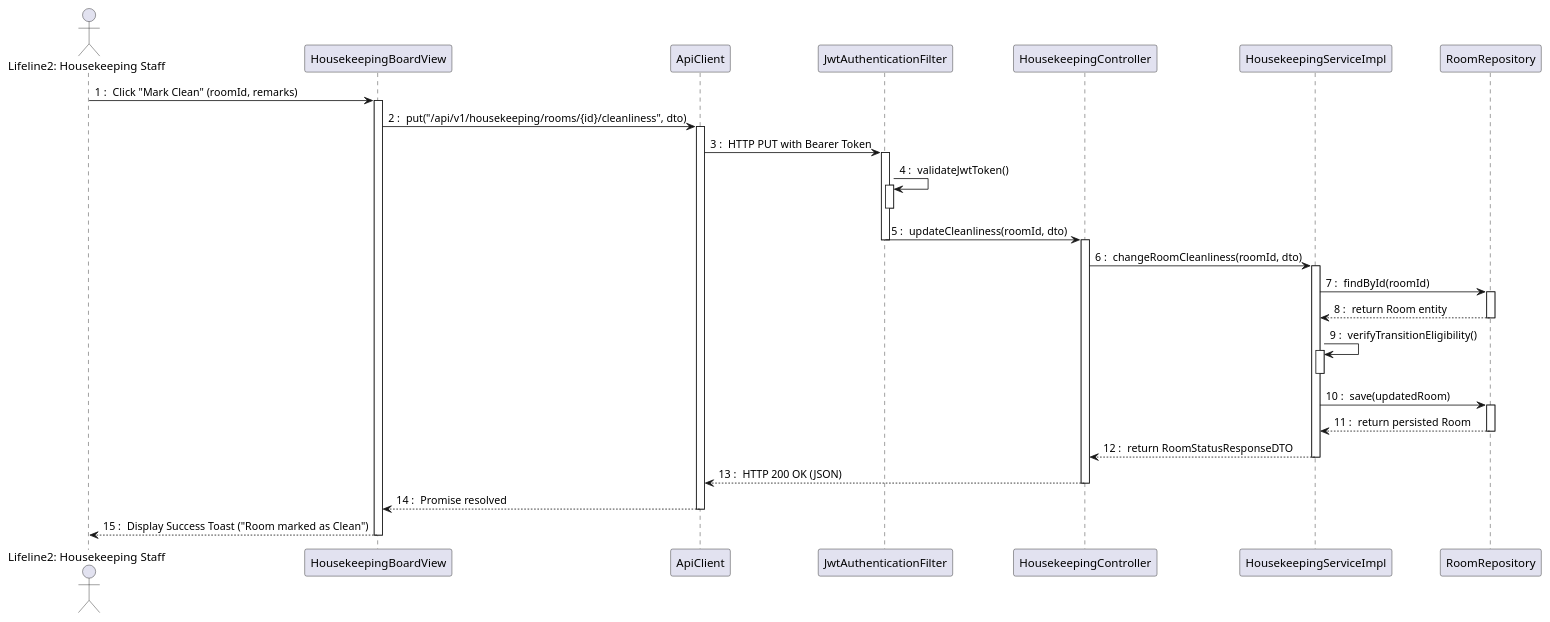
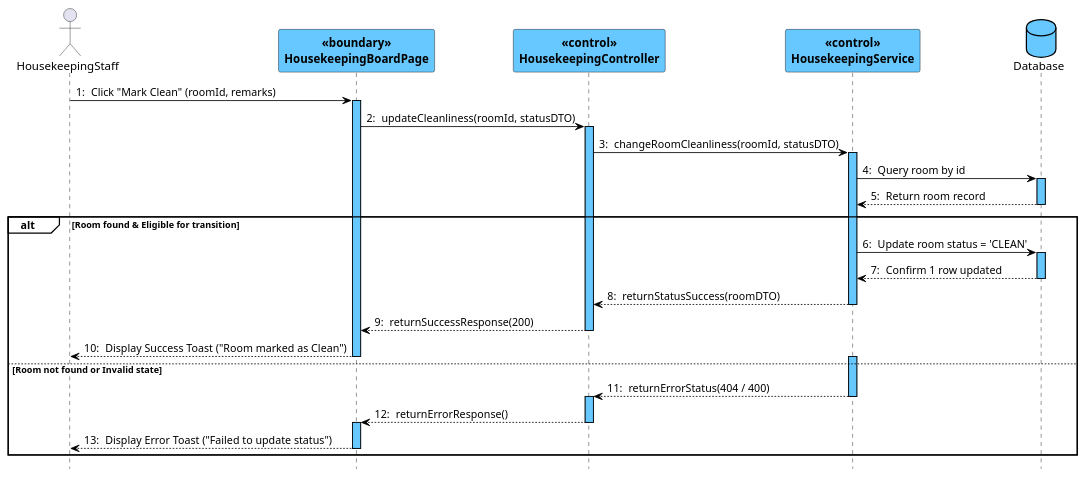
The second of 7 diagrams in docs/Class + Sequence/Sequence Diagram(s) (PlantUML).md (hieupeek/sba_doc), drawn with PlantUML before and after one commit. The commit also changed other lines of this file and 23 other files, not shown here.

Commit message:
docs: update class diagrams to association and sequence diagrams to COMET VP style

````diff
--- a/docs/Class + Sequence/Sequence Diagram(s) (PlantUML).md
+++ b/docs/Class + Sequence/Sequence Diagram(s) (PlantUML).md
@@ -81,60 +101,73 @@
 ```plantuml
 @startuml
 skinparam shadowed false
-autonumber 1 "0 : "
+autonumber 1 "0: "
+hide footbox
 
-actor "Lifeline2: Housekeeping Staff" as HKStaff
-participant HousekeepingBoardView
-participant ApiClient
-participant JwtAuthenticationFilter
-participant HousekeepingController
-participant HousekeepingServiceImpl
-participant RoomRepository
+skinparam participantBackgroundColor #67C8FF
+skinparam participantBorderColor #000000
+skinparam participantFontColor #000000
+skinparam participantFontStyle bold
 
-HKStaff -> HousekeepingBoardView : Click "Mark Clean" (roomId, remarks)
-activate HousekeepingBoardView
+skinparam databaseBackgroundColor #67C8FF
+skinparam databaseBorderColor #000000
+skinparam databaseFontColor #000000
 
-HousekeepingBoardView -> ApiClient : put("/api/v1/housekeeping/rooms/{id}/cleanliness", dto)
-activate ApiClient
+skinparam sequenceLifeLineBackgroundColor #67C8FF
+skinparam sequenceLifeLineBorderColor #000000
+skinparam sequenceArrowColor #000000
 
-ApiClient -> JwtAuthenticationFilter : HTTP PUT with Bearer Token
-activate JwtAuthenticationFilter
+skinparam SequenceGroupFontColor #000000
+skinparam SequenceGroupFontStyle bold
+skinparam SequenceGroupHeaderFontColor #000000
+skinparam SequenceGroupHeaderFontStyle bold
+skinparam SequenceGroupBorderColor #000000
+skinparam SequenceGroupBackgroundColor transparent
 
-JwtAuthenticationFilter -> JwtAuthenticationFilter : validateJwtToken()
-activate JwtAuthenticationFilter
-deactivate JwtAuthenticationFilter
+actor HousekeepingStaff
+participant HousekeepingBoardPage <<boundary>>
+participant HousekeepingController <<control>>
+participant HousekeepingService <<control>>
+database Database
 
-JwtAuthenticationFilter -> HousekeepingController : updateCleanliness(roomId, dto)
-deactivate JwtAuthenticationFilter
+HousekeepingStaff -> HousekeepingBoardPage : Click "Mark Clean" (roomId, remarks)
+activate HousekeepingBoardPage
+
+HousekeepingBoardPage -> HousekeepingController : updateCleanliness(roomId, statusDTO)
 activate HousekeepingController
 
-HousekeepingController -> HousekeepingServiceImpl : changeRoomCleanliness(roomId, dto)
-activate HousekeepingServiceImpl
+HousekeepingController -> HousekeepingService : changeRoomCleanliness(roomId, statusDTO)
+activate HousekeepingService
 
-HousekeepingServiceImpl -> RoomRepository : findById(roomId)
-activate RoomRepository
-RoomRepository --> HousekeepingServiceImpl : return Room entity
-deactivate RoomRepository
+HousekeepingService -> Database : Query room by id
+activate Database
+Database --> HousekeepingService : Return room record
+deactivate Database
 
-HousekeepingServiceImpl -> HousekeepingServiceImpl : verifyTransitionEligibility()
-activate HousekeepingServiceImpl
-deactivate HousekeepingServiceImpl
+alt Room found & Eligible for transition
+    HousekeepingService -> Database : Update room status = 'CLEAN'
+    activate Database
+    Database --> HousekeepingService : Confirm 1 row updated
+    deactivate Database
 
-HousekeepingServiceImpl -> RoomRepository : save(updatedRoom)
-activate RoomRepository
-RoomRepository --> HousekeepingServiceImpl : return persisted Room
-deactivate RoomRepository
+    HousekeepingService --> HousekeepingController : returnStatusSuccess(roomDTO)
+    deactivate HousekeepingService
 
-HousekeepingServiceImpl --> HousekeepingController : return RoomStatusResponseDTO
-deactivate HousekeepingServiceImpl
+    HousekeepingController --> HousekeepingBoardPage : returnSuccessResponse(200)
+    deactivate HousekeepingController
 
-HousekeepingController --> ApiClient : HTTP 200 OK (JSON)
-deactivate HousekeepingController
-
-ApiClient --> HousekeepingBoardView : Promise resolved
-deactivate ApiClient
-
-HousekeepingBoardView --> HKStaff : Display Success Toast ("Room marked as Clean")
-deactivate HousekeepingBoardView
+    HousekeepingBoardPage --> HousekeepingStaff : Display Success Toast ("Room marked as Clean")
+    deactivate HousekeepingBoardPage
+else Room not found or Invalid state
+    activate HousekeepingService
+    HousekeepingService --> HousekeepingController : returnErrorStatus(404 / 400)
+    deactivate HousekeepingService
+    activate HousekeepingController
+    HousekeepingController --> HousekeepingBoardPage : returnErrorResponse()
+    deactivate HousekeepingController
+    activate HousekeepingBoardPage
+    HousekeepingBoardPage --> HousekeepingStaff : Display Error Toast ("Failed to update status")
+    deactivate HousekeepingBoardPage
+end
 @enduml
 ```
````
